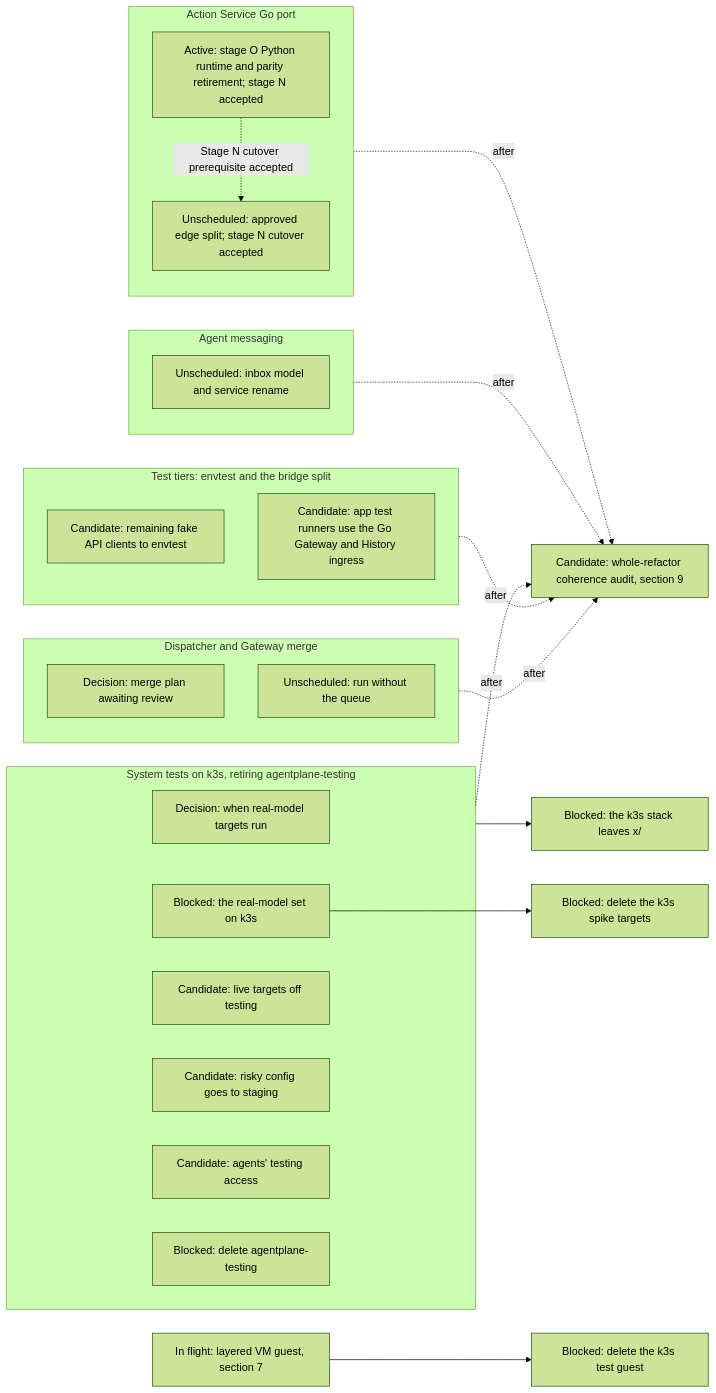
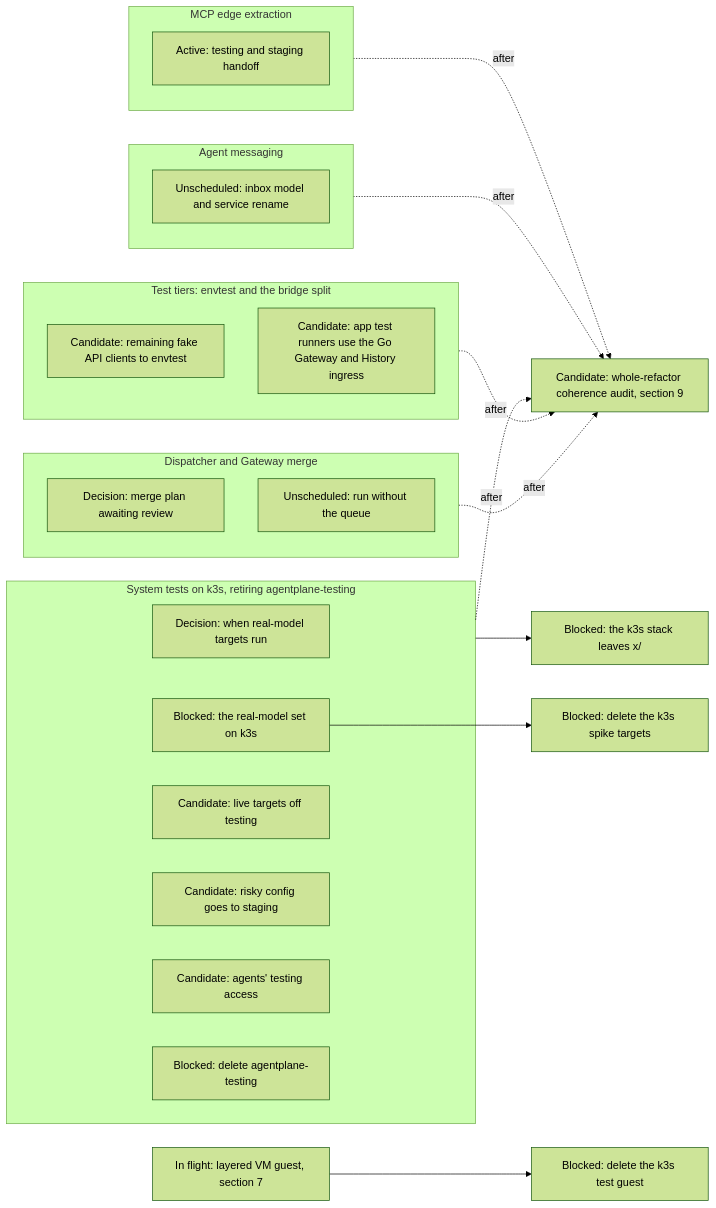
Before and after one commit to agentydragon-agent/ducktape: the first of 19 diagrams in agentplane/plans/task_dag.md, drawn with Mermaid (forest theme). The commit also changed other lines of this file and 5 other files, not shown here.

````diff
--- a/agentplane/plans/task_dag.md
+++ b/agentplane/plans/task_dag.md
@@ -29,35 +29,33 @@
 ```mermaid
 flowchart LR
-    subgraph ACTION_TRACK[Action Service Go port]
-        ACTION_SERVICE_GO_PORT[Active: stage O Python runtime and parity retirement; stage N accepted]
-        ACTION_MCP_EDGE_SPLIT[Unscheduled: approved edge split; stage N cutover accepted]
+    subgraph ACTION_TRACK[MCP edge extraction]
+        ACTION_MCP_EDGE_SPLIT[Active: testing and staging handoff]
     end
     subgraph MESSAGING_TRACK[Agent messaging]
         NOTIFICATION_SERVICE_SPLIT[Unscheduled: inbox model and service rename]
     end
     subgraph K3S_TRACK[System tests on k3s, retiring agentplane-testing]
         K3S_MODEL_CREDENTIALS[Decision: when real-model targets run]
         K3S_MODEL_SCENARIOS[Blocked: the real-model set on k3s]
         LIVE_TARGETS_OFF_TESTING[Candidate: live targets off testing]
         STAGING_FIRST_ROLLOUT[Candidate: risky config goes to staging]
         AGENT_TESTING_ACCESS_RETIRE[Candidate: agents' testing access]
         TESTING_ENVIRONMENT_RETIRE[Blocked: delete agentplane-testing]
     end
     subgraph TIER_TRACK[Test tiers: envtest and the bridge split]
         FAKE_CLIENTS_TO_ENVTEST[Candidate: remaining fake API clients to envtest]
         APP_TEST_RUNNER_FIXTURES_GO[Candidate: app test runners use the Go Gateway and History ingress]
     end
     subgraph DISPATCH_TRACK[Dispatcher and Gateway merge]
         DISPATCHER_PERSISTENCE_MODEL_DESIGN[Decision: merge plan awaiting review]
         DISPATCHER_QUEUE_OPTIONAL[Unscheduled: run without the queue]
     end
-    ACTION_SERVICE_GO_PORT -. Stage N cutover prerequisite accepted .-> ACTION_MCP_EDGE_SPLIT
     K3S_TRACK --> K3S_ENV_OUT_OF_X[Blocked: the k3s stack leaves x/]
     K3S_MODEL_SCENARIOS --> K3S_SPIKE_TARGETS_RETIRE[Blocked: delete the k3s spike targets]
     RUNNER_LAYERING_VM[In flight: layered VM guest, section 7] --> K3S_TEST_GUEST_RETIRE[Blocked: delete the k3s test guest]
     ACTION_TRACK -. after .-> REFACTOR_COHERENCE_AUDIT[Candidate: whole-refactor coherence audit, section 9]
     MESSAGING_TRACK -. after .-> REFACTOR_COHERENCE_AUDIT
     K3S_TRACK -. after .-> REFACTOR_COHERENCE_AUDIT
     TIER_TRACK -. after .-> REFACTOR_COHERENCE_AUDIT
     DISPATCH_TRACK -. after .-> REFACTOR_COHERENCE_AUDIT
 ```
````
